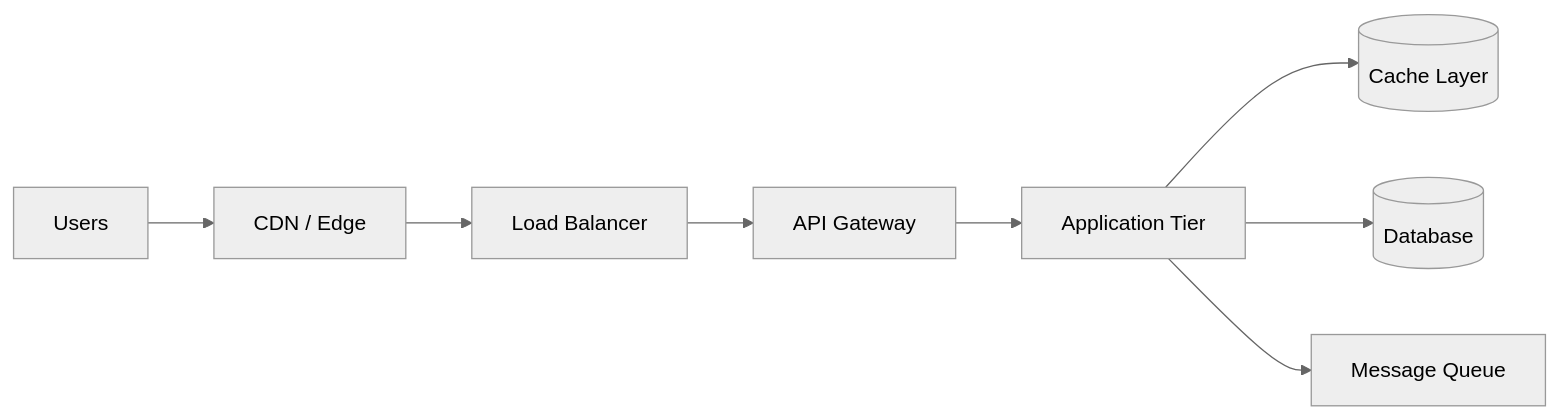
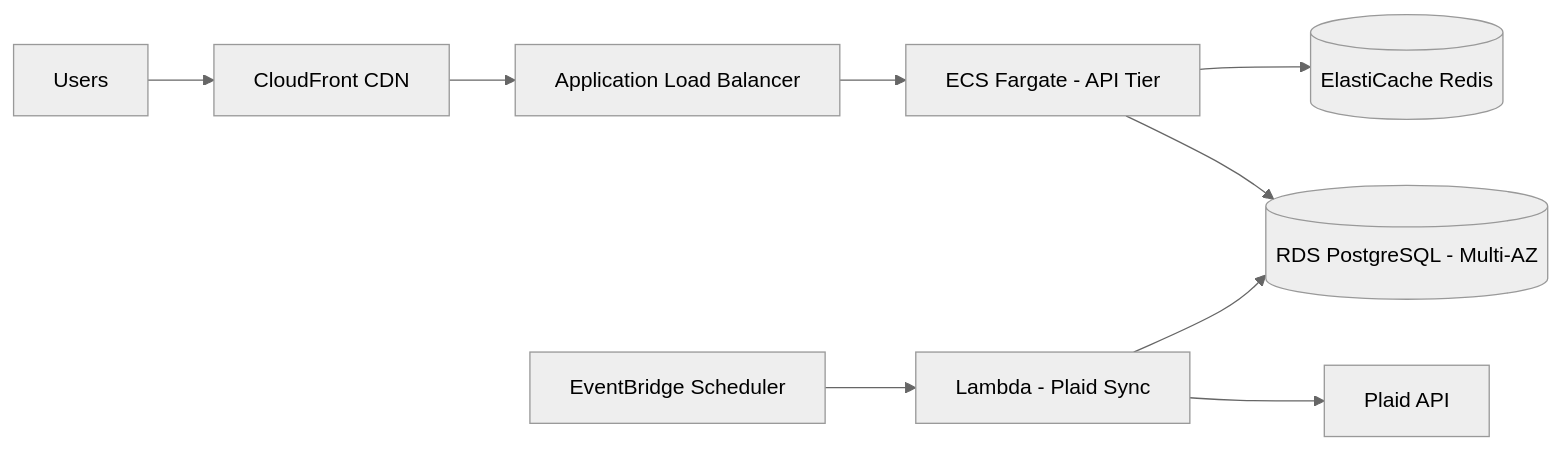
One commit to abranjith/spec-lite changed the diagram in prompts/architect.md. Above: the diagram before and after it, drawn with Mermaid (neutral theme).

Commit message:
minor updates to architect!

````diff
--- a/prompts/architect.md
+++ b/prompts/architect.md
@@ -343,10 +631,11 @@
 ```mermaid
 graph LR
-    USER[Users] --> CDN[CDN / Edge]
-    CDN --> LB[Load Balancer]
-    LB --> GW[API Gateway]
-    GW --> APP[Application Tier]
-    APP --> CACHE[(Cache Layer)]
-    APP --> DB[(Database)]
-    APP --> QUEUE[Message Queue]
+    Users[Users] --> CF[CloudFront CDN]
+    CF --> ALB[Application Load Balancer]
+    ALB --> ECS[ECS Fargate - API Tier]
+    ECS --> RDS[(RDS PostgreSQL - Multi-AZ)]
+    ECS --> Redis[(ElastiCache Redis)]
+    EventBridge[EventBridge Scheduler] --> Lambda[Lambda - Plaid Sync]
+    Lambda --> Plaid[Plaid API]
+    Lambda --> RDS
 ```
````
